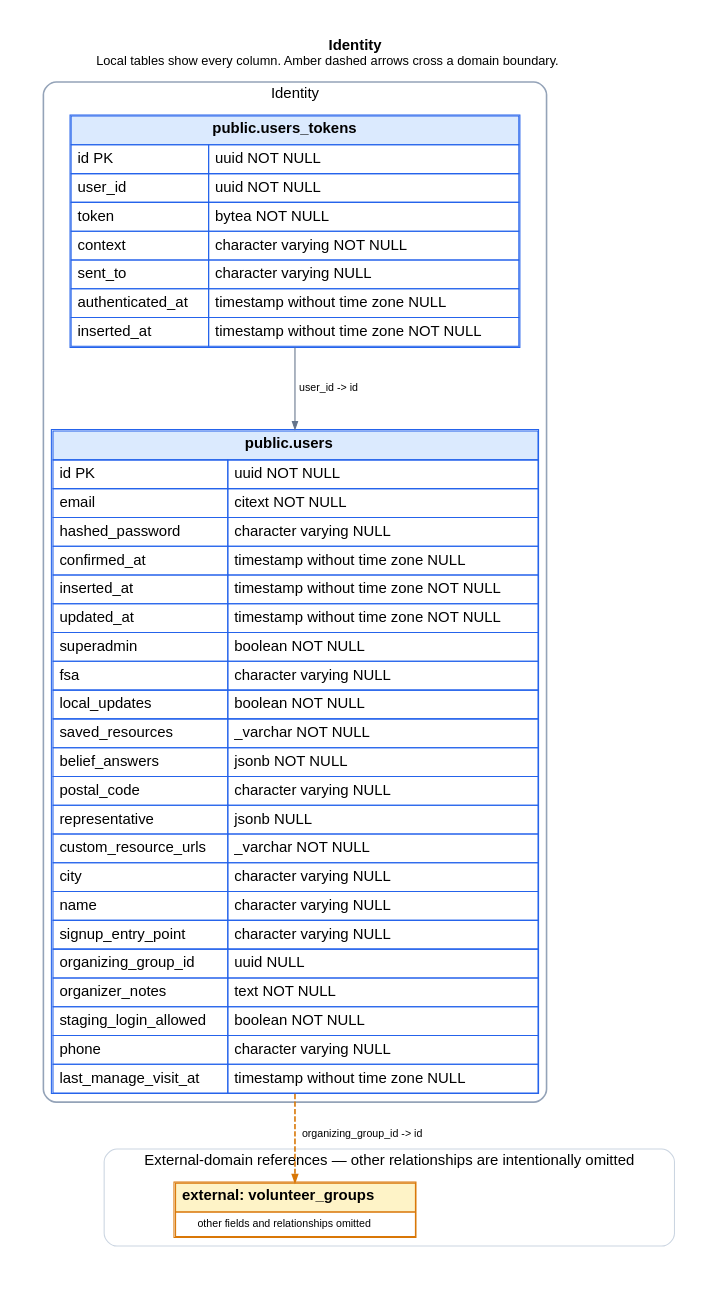
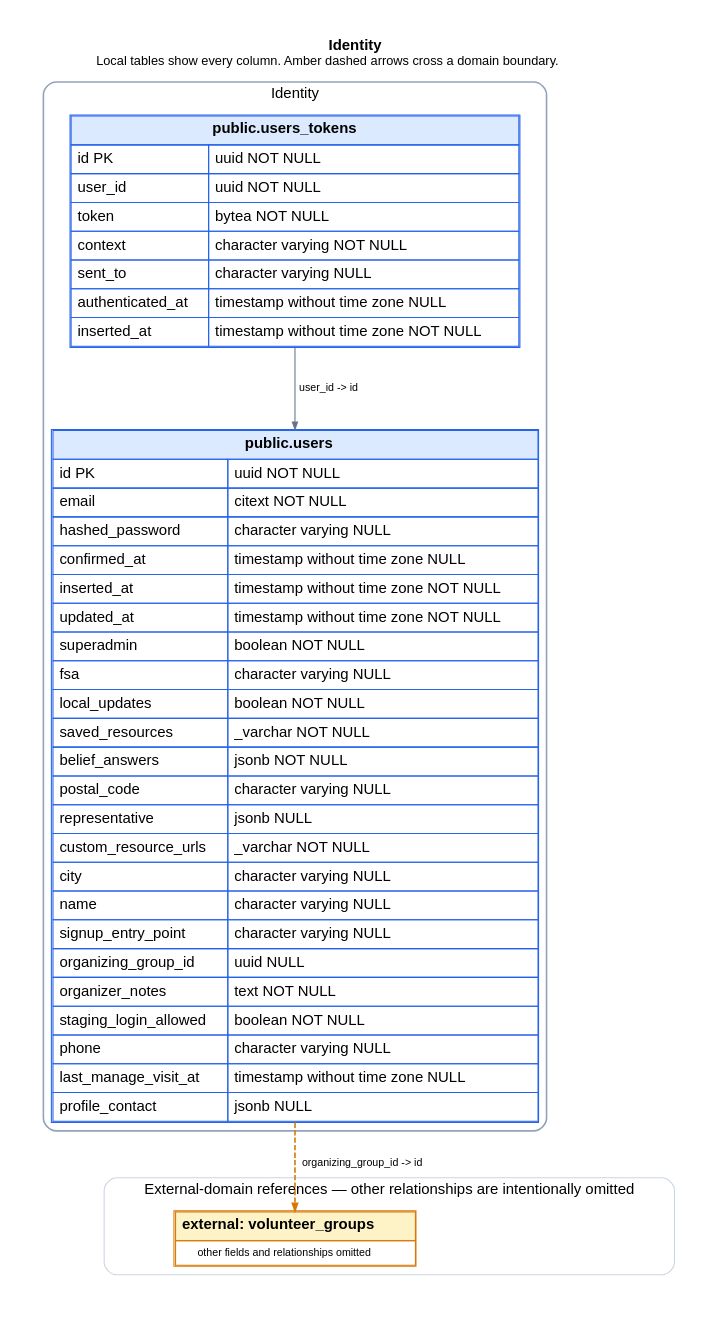
Before and after one commit to ogourment/pauseai.ca-website: the diagram in docs/schema/domains/identity.dot, drawn with Graphviz. The commit also changed 37 other files, not shown here.

```diff
--- a/docs/schema/domains/identity.dot
+++ b/docs/schema/domains/identity.dot
@@ -1,45 +1,45 @@
 digraph identity {
   graph [rankdir=TB, bgcolor="white", pad=0.35, nodesep=0.6, ranksep=0.9, fontname="Helvetica"];
   node [shape=plain, fontname="Helvetica"];
   edge [fontname="Helvetica", fontsize=10, arrowsize=0.7];
   labelloc="t";
   label=< <B>Identity</B><BR/><FONT POINT-SIZE="12">Local tables show every column. Amber dashed arrows cross a domain boundary.</FONT> >;
 
   subgraph cluster_local {
     label="Identity";
     color="#94a3b8";
     penwidth=1.5;
     style="rounded";
   "users" [label=<
     <TABLE BORDER="1" CELLBORDER="1" CELLSPACING="0" CELLPADDING="5" COLOR="#2563eb">
       <TR><TD BGCOLOR="#dbeafe" COLSPAN="2"><B>public.users</B></TD></TR>
-      <TR><TD ALIGN="LEFT">id PK</TD><TD ALIGN="LEFT">uuid NOT NULL</TD></TR><TR><TD ALIGN="LEFT">email</TD><TD ALIGN="LEFT">citext NOT NULL</TD></TR><TR><TD ALIGN="LEFT">hashed_password</TD><TD ALIGN="LEFT">character varying NULL</TD></TR><TR><TD ALIGN="LEFT">confirmed_at</TD><TD ALIGN="LEFT">timestamp without time zone NULL</TD></TR><TR><TD ALIGN="LEFT">inserted_at</TD><TD ALIGN="LEFT">timestamp without time zone NOT NULL</TD></TR><TR><TD ALIGN="LEFT">updated_at</TD><TD ALIGN="LEFT">timestamp without time zone NOT NULL</TD></TR><TR><TD ALIGN="LEFT">superadmin</TD><TD ALIGN="LEFT">boolean NOT NULL</TD></TR><TR><TD ALIGN="LEFT">fsa</TD><TD ALIGN="LEFT">character varying NULL</TD></TR><TR><TD ALIGN="LEFT">local_updates</TD><TD ALIGN="LEFT">boolean NOT NULL</TD></TR><TR><TD ALIGN="LEFT">saved_resources</TD><TD ALIGN="LEFT">_varchar NOT NULL</TD></TR><TR><TD ALIGN="LEFT">belief_answers</TD><TD ALIGN="LEFT">jsonb NOT NULL</TD></TR><TR><TD ALIGN="LEFT">postal_code</TD><TD ALIGN="LEFT">character varying NULL</TD></TR><TR><TD ALIGN="LEFT">representative</TD><TD ALIGN="LEFT">jsonb NULL</TD></TR><TR><TD ALIGN="LEFT">custom_resource_urls</TD><TD ALIGN="LEFT">_varchar NOT NULL</TD></TR><TR><TD ALIGN="LEFT">city</TD><TD ALIGN="LEFT">character varying NULL</TD></TR><TR><TD ALIGN="LEFT">name</TD><TD ALIGN="LEFT">character varying NULL</TD></TR><TR><TD ALIGN="LEFT">signup_entry_point</TD><TD ALIGN="LEFT">character varying NULL</TD></TR><TR><TD ALIGN="LEFT">organizing_group_id</TD><TD ALIGN="LEFT">uuid NULL</TD></TR><TR><TD ALIGN="LEFT">organizer_notes</TD><TD ALIGN="LEFT">text NOT NULL</TD></TR><TR><TD ALIGN="LEFT">staging_login_allowed</TD><TD ALIGN="LEFT">boolean NOT NULL</TD></TR><TR><TD ALIGN="LEFT">phone</TD><TD ALIGN="LEFT">character varying NULL</TD></TR><TR><TD ALIGN="LEFT">last_manage_visit_at</TD><TD ALIGN="LEFT">timestamp without time zone NULL</TD></TR>
+      <TR><TD ALIGN="LEFT">id PK</TD><TD ALIGN="LEFT">uuid NOT NULL</TD></TR><TR><TD ALIGN="LEFT">email</TD><TD ALIGN="LEFT">citext NOT NULL</TD></TR><TR><TD ALIGN="LEFT">hashed_password</TD><TD ALIGN="LEFT">character varying NULL</TD></TR><TR><TD ALIGN="LEFT">confirmed_at</TD><TD ALIGN="LEFT">timestamp without time zone NULL</TD></TR><TR><TD ALIGN="LEFT">inserted_at</TD><TD ALIGN="LEFT">timestamp without time zone NOT NULL</TD></TR><TR><TD ALIGN="LEFT">updated_at</TD><TD ALIGN="LEFT">timestamp without time zone NOT NULL</TD></TR><TR><TD ALIGN="LEFT">superadmin</TD><TD ALIGN="LEFT">boolean NOT NULL</TD></TR><TR><TD ALIGN="LEFT">fsa</TD><TD ALIGN="LEFT">character varying NULL</TD></TR><TR><TD ALIGN="LEFT">local_updates</TD><TD ALIGN="LEFT">boolean NOT NULL</TD></TR><TR><TD ALIGN="LEFT">saved_resources</TD><TD ALIGN="LEFT">_varchar NOT NULL</TD></TR><TR><TD ALIGN="LEFT">belief_answers</TD><TD ALIGN="LEFT">jsonb NOT NULL</TD></TR><TR><TD ALIGN="LEFT">postal_code</TD><TD ALIGN="LEFT">character varying NULL</TD></TR><TR><TD ALIGN="LEFT">representative</TD><TD ALIGN="LEFT">jsonb NULL</TD></TR><TR><TD ALIGN="LEFT">custom_resource_urls</TD><TD ALIGN="LEFT">_varchar NOT NULL</TD></TR><TR><TD ALIGN="LEFT">city</TD><TD ALIGN="LEFT">character varying NULL</TD></TR><TR><TD ALIGN="LEFT">name</TD><TD ALIGN="LEFT">character varying NULL</TD></TR><TR><TD ALIGN="LEFT">signup_entry_point</TD><TD ALIGN="LEFT">character varying NULL</TD></TR><TR><TD ALIGN="LEFT">organizing_group_id</TD><TD ALIGN="LEFT">uuid NULL</TD></TR><TR><TD ALIGN="LEFT">organizer_notes</TD><TD ALIGN="LEFT">text NOT NULL</TD></TR><TR><TD ALIGN="LEFT">staging_login_allowed</TD><TD ALIGN="LEFT">boolean NOT NULL</TD></TR><TR><TD ALIGN="LEFT">phone</TD><TD ALIGN="LEFT">character varying NULL</TD></TR><TR><TD ALIGN="LEFT">last_manage_visit_at</TD><TD ALIGN="LEFT">timestamp without time zone NULL</TD></TR><TR><TD ALIGN="LEFT">profile_contact</TD><TD ALIGN="LEFT">jsonb NULL</TD></TR>
     </TABLE>
   >];
 
   "users_tokens" [label=<
     <TABLE BORDER="1" CELLBORDER="1" CELLSPACING="0" CELLPADDING="5" COLOR="#2563eb">
       <TR><TD BGCOLOR="#dbeafe" COLSPAN="2"><B>public.users_tokens</B></TD></TR>
       <TR><TD ALIGN="LEFT">id PK</TD><TD ALIGN="LEFT">uuid NOT NULL</TD></TR><TR><TD ALIGN="LEFT">user_id</TD><TD ALIGN="LEFT">uuid NOT NULL</TD></TR><TR><TD ALIGN="LEFT">token</TD><TD ALIGN="LEFT">bytea NOT NULL</TD></TR><TR><TD ALIGN="LEFT">context</TD><TD ALIGN="LEFT">character varying NOT NULL</TD></TR><TR><TD ALIGN="LEFT">sent_to</TD><TD ALIGN="LEFT">character varying NULL</TD></TR><TR><TD ALIGN="LEFT">authenticated_at</TD><TD ALIGN="LEFT">timestamp without time zone NULL</TD></TR><TR><TD ALIGN="LEFT">inserted_at</TD><TD ALIGN="LEFT">timestamp without time zone NOT NULL</TD></TR>
     </TABLE>
   >];
 
   }
 
   subgraph cluster_external {
     label="External-domain references — other relationships are intentionally omitted";
     color="#cbd5e1";
     penwidth=1;
     style="rounded";
   "volunteer_groups" [label=<
     <TABLE BORDER="1" CELLBORDER="1" CELLSPACING="0" CELLPADDING="5" COLOR="#d97706">
       <TR><TD BGCOLOR="#fef3c7"><B>external: volunteer_groups</B></TD></TR>
       <TR><TD><FONT POINT-SIZE="10">other fields and relationships omitted</FONT></TD></TR>
     </TABLE>
   >];
 
   }
 
   "users" -> "volunteer_groups" [label="organizing_group_id -> id", color="#d97706", style="dashed", penwidth=1.5];
   "users_tokens" -> "users" [label="user_id -> id", color="#64748b"];
 }
```
